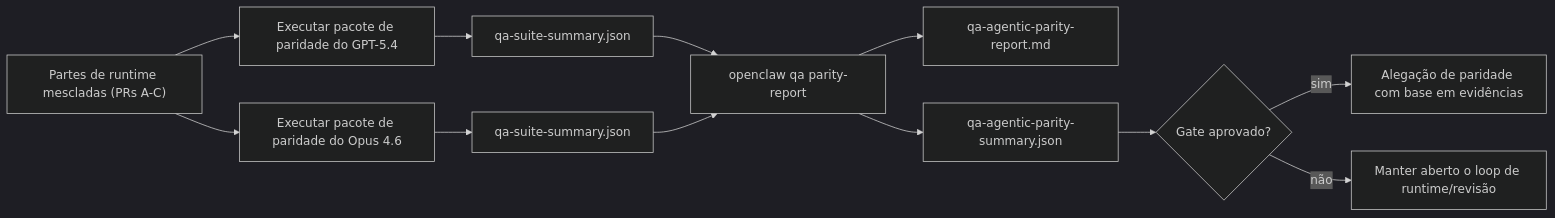
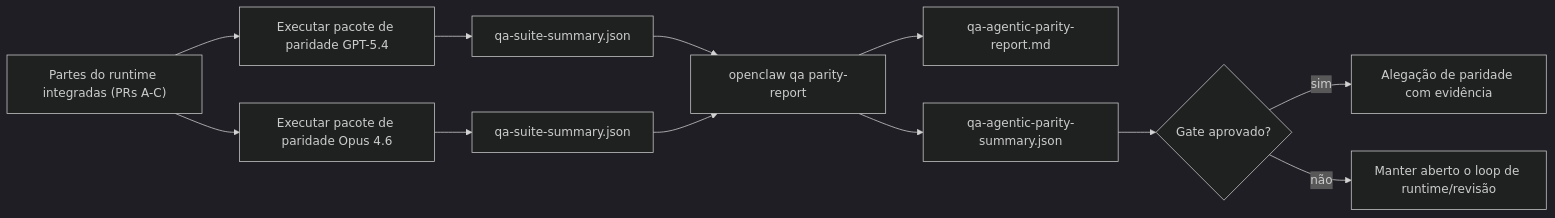
One commit to openclaw/docs changed the second of 2 diagrams in docs/pt-BR/help/gpt54-codex-agentic-parity.md. Above: the diagram before and after it, drawn with Mermaid (dark theme). The commit also changed other lines of this file and 440 other files, not shown here.

````diff
--- a/docs/pt-BR/help/gpt54-codex-agentic-parity.md
+++ b/docs/pt-BR/help/gpt54-codex-agentic-parity.md
@@ -131,14 +131,14 @@
 ```mermaid
 flowchart LR
-    A["Partes de runtime mescladas (PRs A-C)"] --> B["Executar pacote de paridade do GPT-5.4"]
-    A --> C["Executar pacote de paridade do Opus 4.6"]
+    A["Partes do runtime integradas (PRs A-C)"] --> B["Executar pacote de paridade GPT-5.4"]
+    A --> C["Executar pacote de paridade Opus 4.6"]
     B --> D["qa-suite-summary.json"]
     C --> E["qa-suite-summary.json"]
     D --> F["openclaw qa parity-report"]
     E --> F
     F --> G["qa-agentic-parity-report.md"]
     F --> H["qa-agentic-parity-summary.json"]
     H --> I{"Gate aprovado?"}
-    I -- "sim" --> J["Alegação de paridade com base em evidências"]
+    I -- "sim" --> J["Alegação de paridade com evidência"]
     I -- "não" --> K["Manter aberto o loop de runtime/revisão"]
 ```
````
